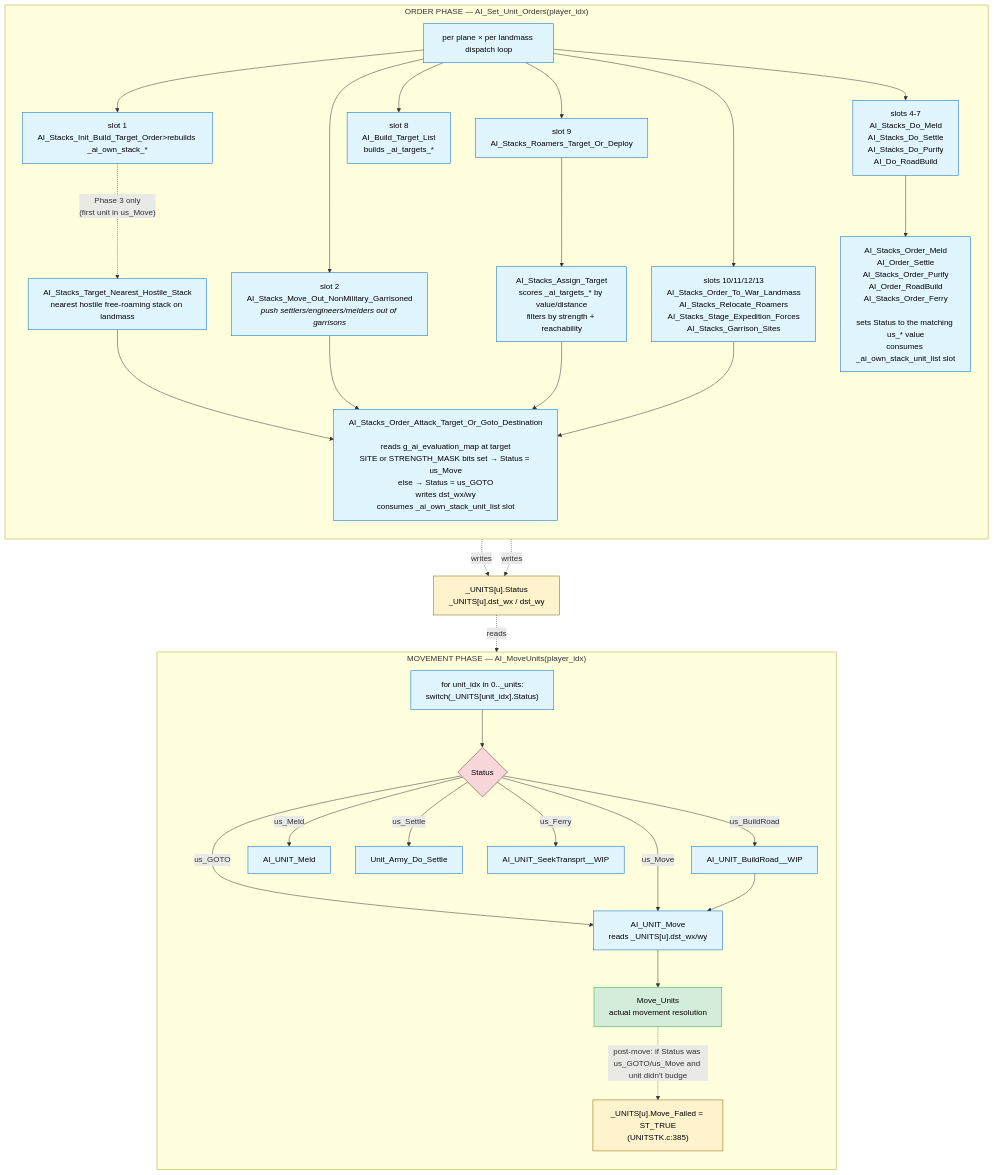
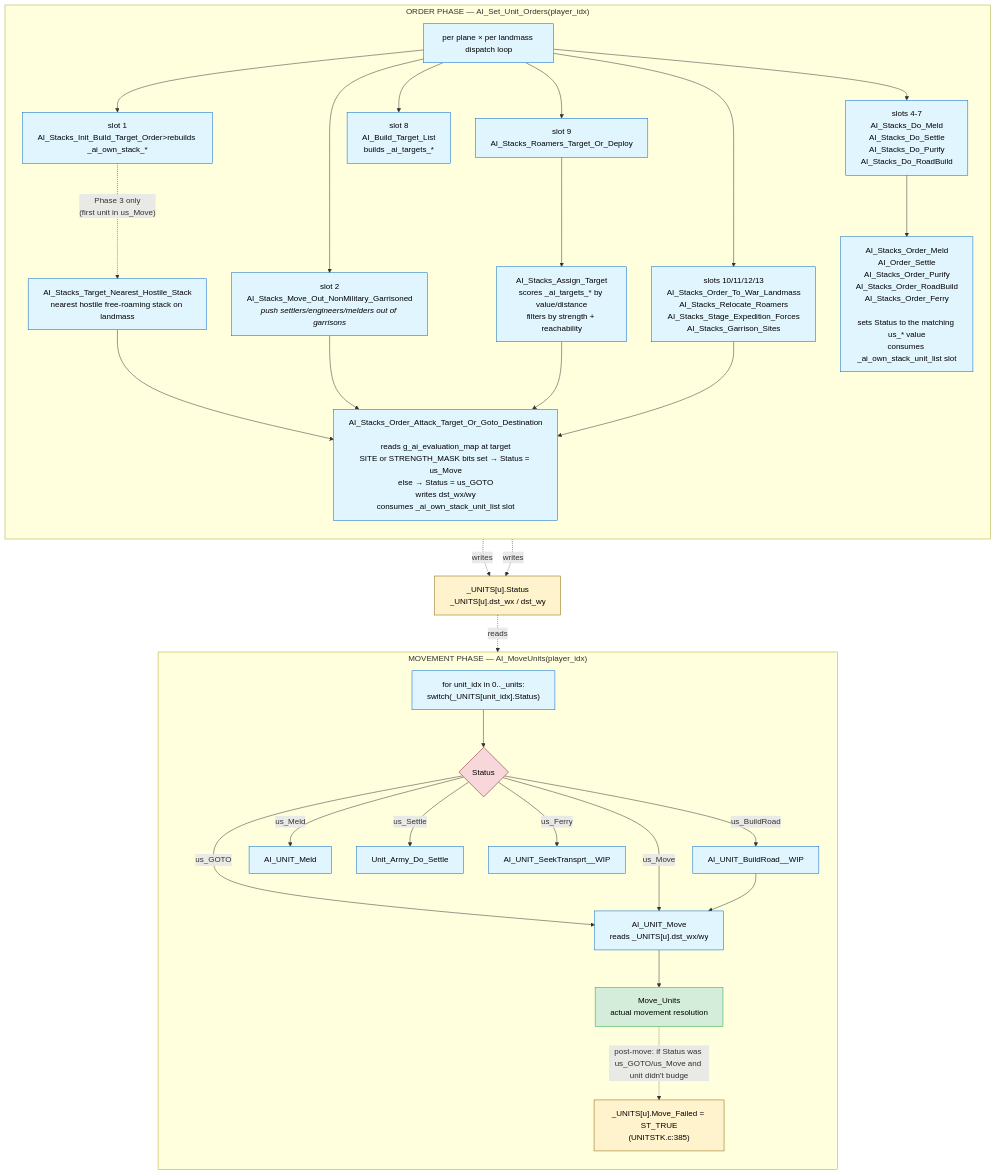
Before and after one commit to jbalcomb/ReMoM: the second of 3 diagrams in doc/ComputerPlayer/AI-Turn-Diagrams.md, drawn with Mermaid. The commit also changed 22 other files, not shown here.

Commit message:
done-done AI_Stacks_Do_RoadBuild

````diff
--- a/doc/ComputerPlayer/AI-Turn-Diagrams.md
+++ b/doc/ComputerPlayer/AI-Turn-Diagrams.md
@@ -39,56 +39,56 @@
 ```mermaid
 flowchart TD
     classDef phase fill:#f5f5f5,stroke:#666,stroke-width:2px,color:#000
     classDef func fill:#e1f5ff,stroke:#0066cc,color:#000
     classDef state fill:#fff3cd,stroke:#856404,color:#000
     classDef terminal fill:#d4edda,stroke:#28a745,color:#000
     classDef gate fill:#f8d7da,stroke:#721c24,color:#000
 
     subgraph PhaseOrders["ORDER PHASE — AI_Set_Unit_Orders(player_idx)"]
         direction TB
         Dispatch["per plane × per landmass dispatch loop"]:::func
 
         Dispatch --> Slot1["slot 1<br/>AI_Stacks_Init_Build_Target_Order>rebuilds _ai_own_stack_*</i>"]:::func
         Dispatch --> Slot2["slot 2<br/>AI_Stacks_Move_Out_NonMilitary_Garrisoned<br/><i>push settlers/engineers/melders out of garrisons</i>"]:::func
-        Dispatch --> Slots4_7["slots 4-7<br/>AI_Stacks_Do_Meld<br/>AI_Stacks_Do_Settle<br/>AI_Stacks_Do_Purify<br/>AI_Do_RoadBuild"]:::func
+        Dispatch --> Slots4_7["slots 4-7<br/>AI_Stacks_Do_Meld<br/>AI_Stacks_Do_Settle<br/>AI_Stacks_Do_Purify<br/>AI_Stacks_Do_RoadBuild"]:::func
         Dispatch --> Slot8["slot 8<br/>AI_Build_Target_List<br/>builds _ai_targets_*"]:::func
         Dispatch --> Slot9["slot 9<br/>AI_Stacks_Roamers_Target_Or_Deploy"]:::func
         Dispatch --> SlotsRally["slots 10/11/12/13<br/>AI_Stacks_Order_To_War_Landmass<br/>AI_Stacks_Relocate_Roamers<br/>AI_Stacks_Stage_Expedition_Forces<br/>AI_Stacks_Garrison_Sites"]:::func
 
         Slot1 -. "Phase 3 only<br/>(first unit in us_Move)" .-> FindNearest["AI_Stacks_Target_Nearest_Hostile_Stack<br/>nearest hostile free-roaming stack on landmass"]:::func
         FindNearest --> SetTgt
 
         Slot2 --> SetTgt
         Slot9 --> AssignTgt["AI_Stacks_Assign_Target<br/>scores _ai_targets_* by value/distance<br/>filters by strength + reachability"]:::func
         AssignTgt --> SetTgt
         SlotsRally --> SetTgt
 
         SetTgt["AI_Stacks_Order_Attack_Target_Or_Goto_Destination<br/><br/>reads g_ai_evaluation_map at target<br/>SITE or STRENGTH_MASK bits set → Status = us_Move<br/>else → Status = us_GOTO<br/>writes dst_wx/wy<br/>consumes _ai_own_stack_unit_list slot"]:::func
 
-        Slots4_7 --> OrderXxx["AI_Stacks_Order_Meld<br/>AI_Order_Settle<br/>AI_Stacks_Order_Purify<br/>AI_Order_RoadBuild<br/>AI_Stacks_Order_Ferry<br/><br/>sets Status to the matching us_* value<br/>consumes _ai_own_stack_unit_list slot"]:::func
+        Slots4_7 --> OrderXxx["AI_Stacks_Order_Meld<br/>AI_Order_Settle<br/>AI_Stacks_Order_Purify<br/>AI_Stacks_Order_RoadBuild<br/>AI_Stacks_Order_Ferry<br/><br/>sets Status to the matching us_* value<br/>consumes _ai_own_stack_unit_list slot"]:::func
     end
 
     SetTgt -. "writes" .-> UnitFields
     OrderXxx -. "writes" .-> UnitFields
 
     UnitFields["_UNITS[u].Status<br/>_UNITS[u].dst_wx / dst_wy"]:::state
 
     subgraph PhaseMove["MOVEMENT PHASE — AI_MoveUnits(player_idx)"]
         direction TB
         MoveLoop["for unit_idx in 0.._units:<br/>switch(_UNITS[unit_idx].Status)"]:::func
         MoveLoop --> StatusGate{Status}:::gate
         StatusGate -- "us_GOTO" --> UnitMove
         StatusGate -- "us_Move" --> UnitMove
         StatusGate -- "us_BuildRoad" --> BuildRoad["AI_UNIT_BuildRoad__WIP"]:::func
         BuildRoad --> UnitMove
         StatusGate -- "us_Meld" --> UnitMeld["AI_UNIT_Meld"]:::func
         StatusGate -- "us_Settle" --> UnitSettle["Unit_Army_Do_Settle"]:::func
         StatusGate -- "us_Ferry" --> UnitSeek["AI_UNIT_SeekTransprt__WIP"]:::func
 
         UnitMove["AI_UNIT_Move<br/>reads _UNITS[u].dst_wx/wy"]:::func --> MoveUnits["Move_Units<br/>actual movement resolution"]:::terminal
 
         MoveUnits -. "post-move: if Status was us_GOTO/us_Move and unit didn't budge" .-> MoveFailed["_UNITS[u].Move_Failed = ST_TRUE<br/>(UNITSTK.c:385)"]:::state
     end
 
     UnitFields -. "reads" .-> MoveLoop
 ```
````
